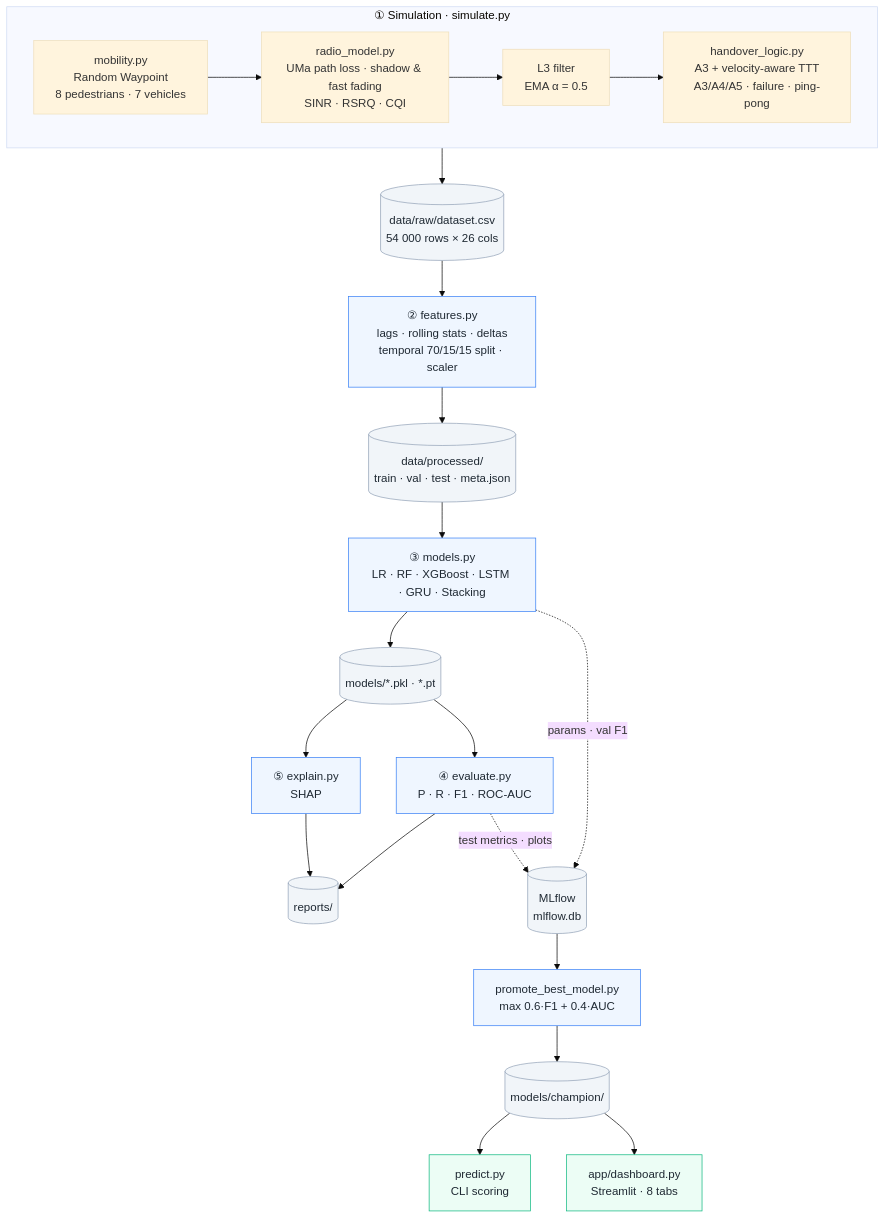
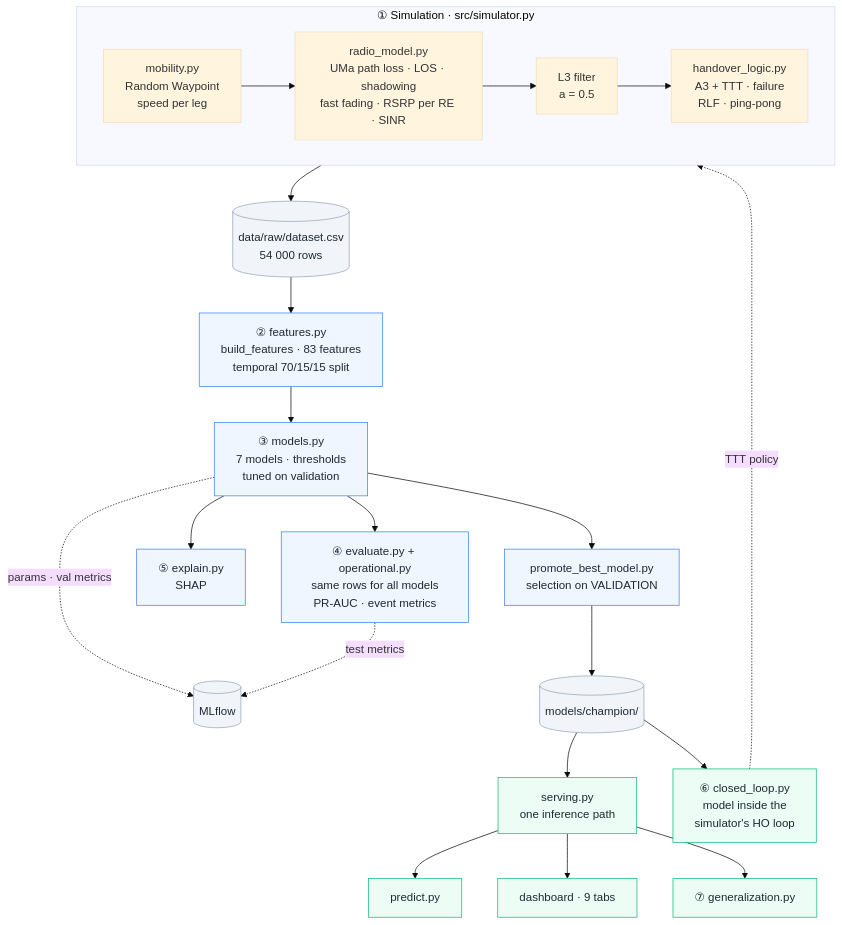
The first of 4 diagrams in README.md (SouhailBourhim/Intelligent-Handover-Prediction-LTE), drawn with Mermaid (base theme) before and after one commit. The commit also changed other lines of this file and 17 other files, not shown here.

````diff
--- a/README.md
+++ b/README.md
@@ -76,33 +85,32 @@
 ```mermaid
 flowchart TB
-    subgraph SIM["① Simulation · simulate.py"]
+    subgraph SIM["① Simulation · src/simulator.py"]
         direction LR
-        MOB["mobility.py<br/>Random Waypoint<br/>8 pedestrians · 7 vehicles"] --> RAD["radio_model.py<br/>UMa path loss · shadow & fast fading<br/>SINR · RSRQ · CQI"]
-        RAD --> L3["L3 filter<br/>EMA α = 0.5"]
-        L3 --> HOL["handover_logic.py<br/>A3 + velocity-aware TTT<br/>A3/A4/A5 · failure · ping-pong"]
+        MOB["mobility.py<br/>Random Waypoint<br/>speed per leg"] --> RAD["radio_model.py<br/>UMa path loss · LOS · shadowing<br/>fast fading · RSRP per RE · SINR"]
+        RAD --> L3["L3 filter<br/>a = 0.5"]
+        L3 --> HOL["handover_logic.py<br/>A3 + TTT · failure<br/>RLF · ping-pong"]
     end
 
-    SIM --> RAW[("data/raw/dataset.csv<br/>54 000 rows × 26 cols")]
-    RAW --> FE["② features.py<br/>lags · rolling stats · deltas<br/>temporal 70/15/15 split · scaler"]
-    FE --> PROC[("data/processed/<br/>train · val · test · meta.json")]
-    PROC --> TR["③ models.py<br/>LR · RF · XGBoost · LSTM · GRU · Stacking"]
-    TR --> MOD[("models/*.pkl · *.pt")]
-    MOD --> EV["④ evaluate.py<br/>P · R · F1 · ROC-AUC"]
-    MOD --> EX["⑤ explain.py<br/>SHAP"]
-    EV --> REP[("reports/")]
-    EX --> REP
-
-    TR -. "params · val F1" .-> MLF[("MLflow<br/>mlflow.db")]
-    EV -. "test metrics · plots" .-> MLF
-    MLF --> PRO["promote_best_model.py<br/>max 0.6·F1 + 0.4·AUC"]
+    SIM --> RAW[("data/raw/dataset.csv<br/>54 000 rows")]
+    RAW --> FE["② features.py<br/>build_features · 83 features<br/>temporal 70/15/15 split"]
+    FE --> TR["③ models.py<br/>7 models · thresholds<br/>tuned on validation"]
+    TR --> EV["④ evaluate.py + operational.py<br/>same rows for all models<br/>PR-AUC · event metrics"]
+    TR --> EX["⑤ explain.py<br/>SHAP"]
+    TR -. "params · val metrics" .-> MLF[("MLflow")]
+    EV -. "test metrics" .-> MLF
+    TR --> PRO["promote_best_model.py<br/>selection on VALIDATION"]
     PRO --> CH[("models/champion/")]
-    CH --> PRED["predict.py<br/>CLI scoring"]
-    CH --> DASH["app/dashboard.py<br/>Streamlit · 8 tabs"]
+    CH --> SERV["serving.py<br/>one inference path"]
+    SERV --> PRED["predict.py"]
+    SERV --> DASH["dashboard · 9 tabs"]
+    SERV --> GEN["⑦ generalization.py"]
+    CH --> CL["⑥ closed_loop.py<br/>model inside the<br/>simulator's HO loop"]
+    CL -. "TTT policy" .-> SIM
 
     classDef store fill:#f1f5f9,stroke:#94a3b8,color:#1f2933
     classDef stage fill:#eff6ff,stroke:#3b82f6,color:#1f2933
     classDef serve fill:#ecfdf5,stroke:#10b981,color:#1f2933
-    class RAW,PROC,MOD,REP,MLF,CH store
+    class RAW,MLF,CH store
     class FE,TR,EV,EX,PRO stage
-    class PRED,DASH serve
+    class SERV,PRED,DASH,GEN,CL serve
 ```
````
